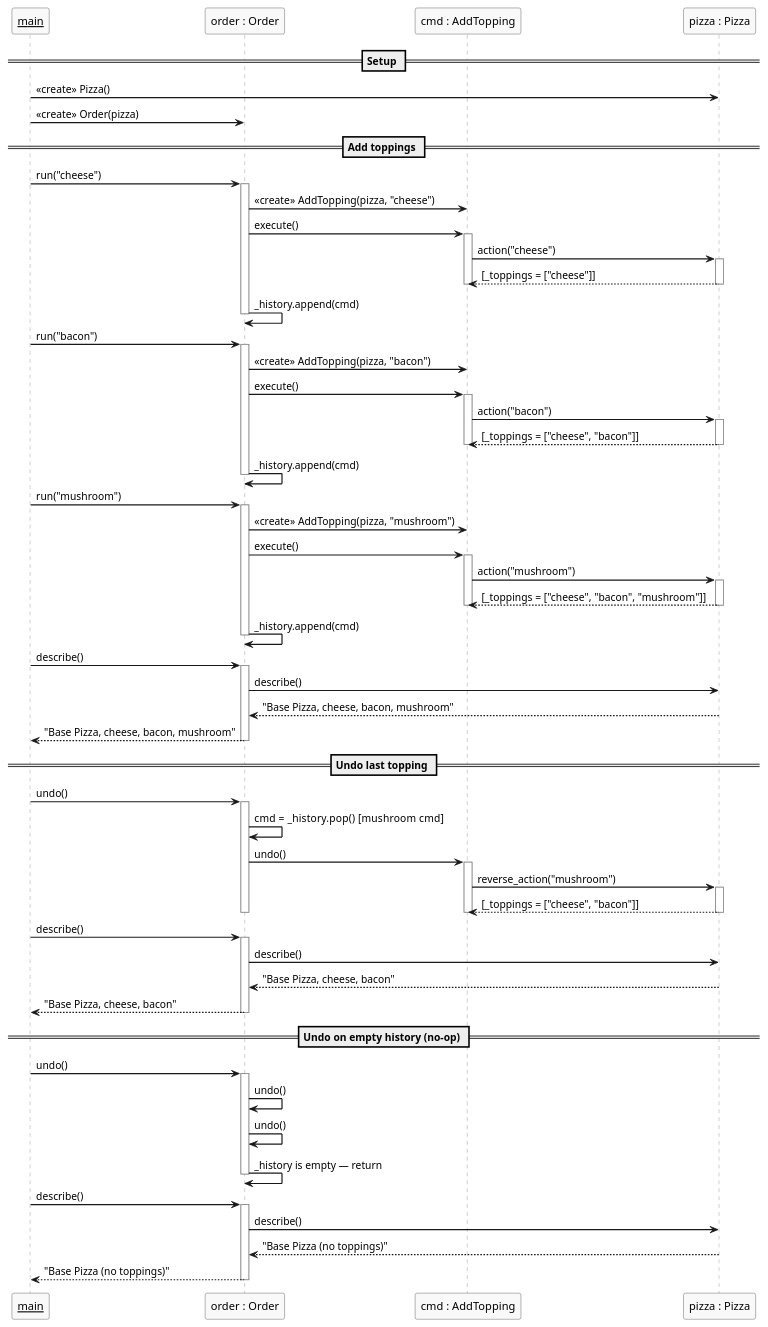
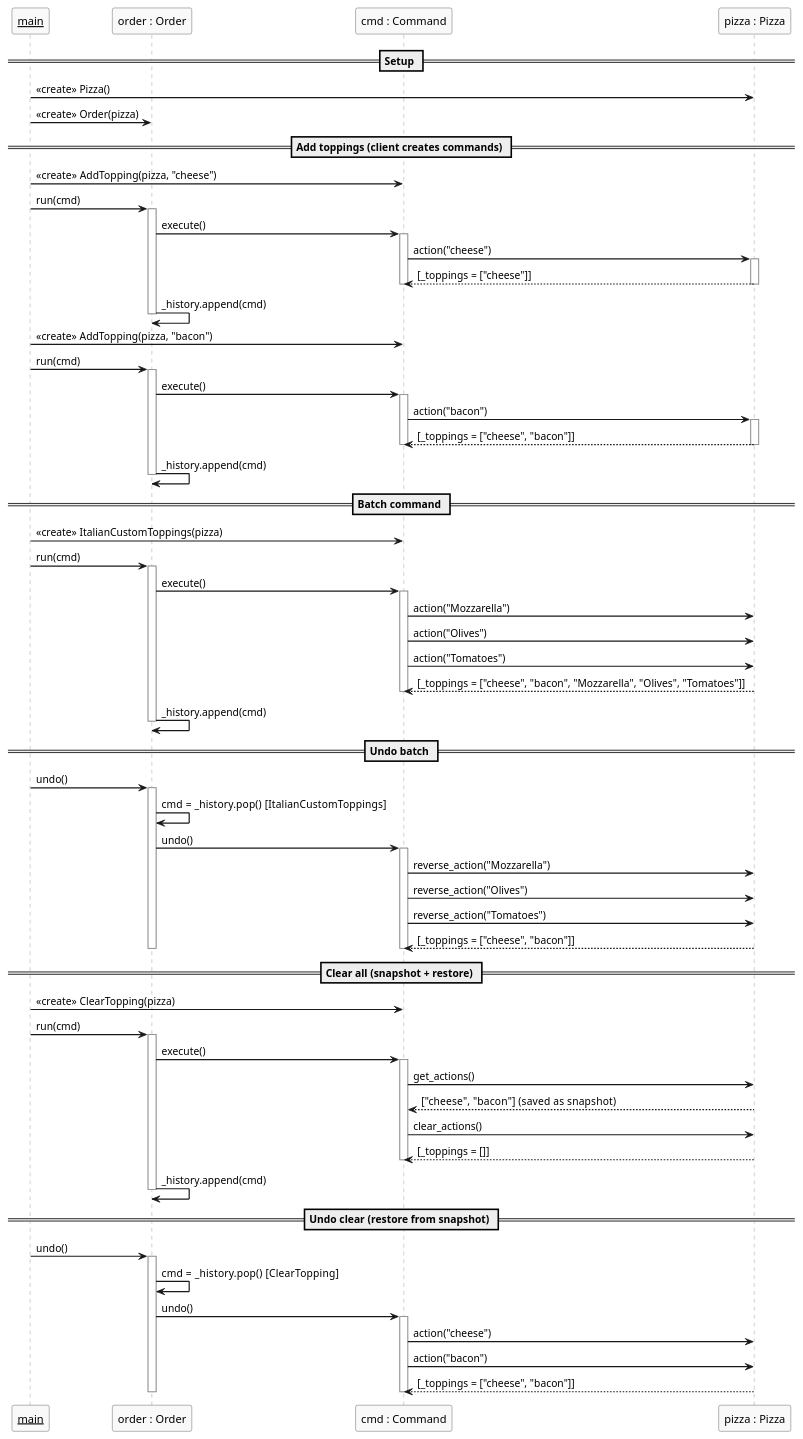
Before and after one commit to olegf2a/gof: the diagram in behavioral/command/uml/command_flow.puml, drawn with PlantUML. The commit also changed 14 other files, not shown here.

```diff
--- a/behavioral/command/uml/command_flow.puml
+++ b/behavioral/command/uml/command_flow.puml
@@ -1,103 +1,103 @@
 @startuml command_flow
 
 skinparam sequenceArrowThickness 1.5
 skinparam sequenceParticipantBackgroundColor #f9f9f9
 skinparam sequenceParticipantBorderColor #444444
 skinparam sequenceLifeLineBorderColor #888888
 
-participant "__main__" as Main
-participant "order : Order"    as Order
-participant "cmd : AddTopping" as Cmd
-participant "pizza : Pizza"    as Pizza
+participant "__main__"           as Main
+participant "order : Order"      as Order
+participant "cmd : Command"      as Cmd
+participant "pizza : Pizza"      as Pizza
 
 == Setup ==
 
-Main -> Pizza  : <<create>> Pizza()
-Main -> Order  : <<create>> Order(pizza)
+Main -> Pizza : <<create>> Pizza()
+Main -> Order : <<create>> Order(pizza)
 
-== Add toppings ==
+== Add toppings (client creates commands) ==
 
-Main -> Order : run("cheese")
+Main -> Cmd   : <<create>> AddTopping(pizza, "cheese")
+Main -> Order : run(cmd)
 activate Order
-  Order -> Cmd  : <<create>> AddTopping(pizza, "cheese")
-  Order -> Cmd  : execute()
+  Order -> Cmd : execute()
   activate Cmd
     Cmd -> Pizza : action("cheese")
     activate Pizza
       Pizza --> Cmd : [_toppings = ["cheese"]]
     deactivate Pizza
   deactivate Cmd
   Order -> Order : _history.append(cmd)
 deactivate Order
 
-Main -> Order : run("bacon")
+Main -> Cmd   : <<create>> AddTopping(pizza, "bacon")
+Main -> Order : run(cmd)
 activate Order
-  Order -> Cmd  : <<create>> AddTopping(pizza, "bacon")
-  Order -> Cmd  : execute()
+  Order -> Cmd : execute()
   activate Cmd
     Cmd -> Pizza : action("bacon")
     activate Pizza
       Pizza --> Cmd : [_toppings = ["cheese", "bacon"]]
     deactivate Pizza
   deactivate Cmd
   Order -> Order : _history.append(cmd)
 deactivate Order
 
-Main -> Order : run("mushroom")
+== Batch command ==
+
+Main -> Cmd   : <<create>> ItalianCustomToppings(pizza)
+Main -> Order : run(cmd)
 activate Order
-  Order -> Cmd  : <<create>> AddTopping(pizza, "mushroom")
-  Order -> Cmd  : execute()
+  Order -> Cmd : execute()
   activate Cmd
-    Cmd -> Pizza : action("mushroom")
-    activate Pizza
-      Pizza --> Cmd : [_toppings = ["cheese", "bacon", "mushroom"]]
-    deactivate Pizza
+    Cmd -> Pizza : action("Mozzarella")
+    Cmd -> Pizza : action("Olives")
+    Cmd -> Pizza : action("Tomatoes")
+    Pizza --> Cmd : [_toppings = ["cheese", "bacon", "Mozzarella", "Olives", "Tomatoes"]]
   deactivate Cmd
   Order -> Order : _history.append(cmd)
 deactivate Order
 
-Main -> Order : describe()
-activate Order
-  Order -> Pizza : describe()
-  Pizza --> Order : "Base Pizza, cheese, bacon, mushroom"
-  Order --> Main  : "Base Pizza, cheese, bacon, mushroom"
-deactivate Order
-
-== Undo last topping ==
+== Undo batch ==
 
 Main -> Order : undo()
 activate Order
-  Order -> Order : cmd = _history.pop()   [mushroom cmd]
+  Order -> Order : cmd = _history.pop()   [ItalianCustomToppings]
   Order -> Cmd   : undo()
   activate Cmd
-    Cmd -> Pizza : reverse_action("mushroom")
-    activate Pizza
-      Pizza --> Cmd : [_toppings = ["cheese", "bacon"]]
-    deactivate Pizza
+    Cmd -> Pizza : reverse_action("Mozzarella")
+    Cmd -> Pizza : reverse_action("Olives")
+    Cmd -> Pizza : reverse_action("Tomatoes")
+    Pizza --> Cmd : [_toppings = ["cheese", "bacon"]]
   deactivate Cmd
 deactivate Order
 
-Main -> Order : describe()
+== Clear all (snapshot + restore) ==
+
+Main -> Cmd   : <<create>> ClearTopping(pizza)
+Main -> Order : run(cmd)
 activate Order
-  Order -> Pizza : describe()
-  Pizza --> Order : "Base Pizza, cheese, bacon"
-  Order --> Main  : "Base Pizza, cheese, bacon"
+  Order -> Cmd : execute()
+  activate Cmd
+    Cmd -> Pizza : get_actions()
+    Pizza --> Cmd : ["cheese", "bacon"]   (saved as snapshot)
+    Cmd -> Pizza : clear_actions()
+    Pizza --> Cmd : [_toppings = []]
+  deactivate Cmd
+  Order -> Order : _history.append(cmd)
 deactivate Order
 
-== Undo on empty history (no-op) ==
+== Undo clear (restore from snapshot) ==
 
 Main -> Order : undo()
 activate Order
-  Order -> Order : undo()
-  Order -> Order : undo()
-  Order -> Order : _history is empty — return
-deactivate Order
-
-Main -> Order : describe()
-activate Order
-  Order -> Pizza : describe()
-  Pizza --> Order : "Base Pizza (no toppings)"
-  Order --> Main  : "Base Pizza (no toppings)"
+  Order -> Order : cmd = _history.pop()   [ClearTopping]
+  Order -> Cmd   : undo()
+  activate Cmd
+    Cmd -> Pizza : action("cheese")
+    Cmd -> Pizza : action("bacon")
+    Pizza --> Cmd : [_toppings = ["cheese", "bacon"]]
+  deactivate Cmd
 deactivate Order
 
 @enduml
```
